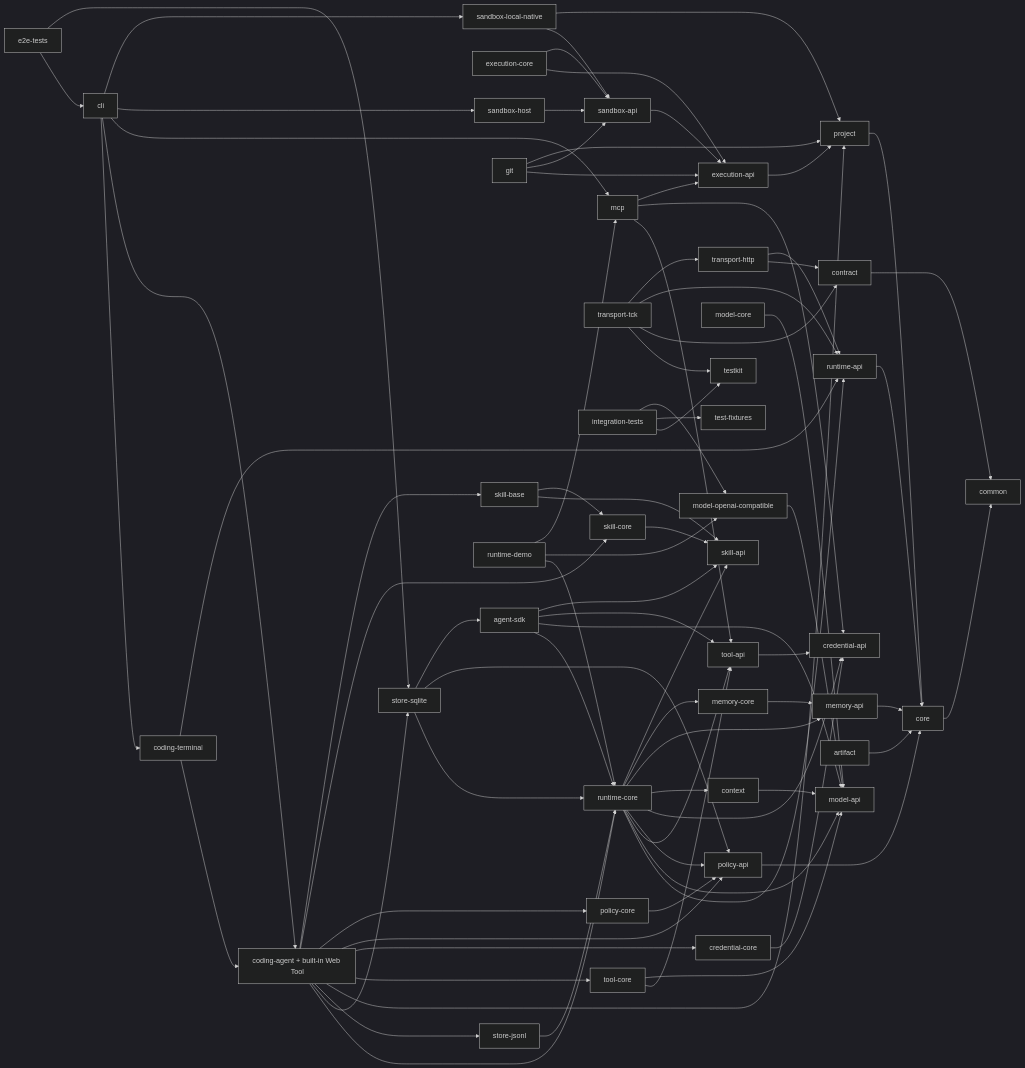
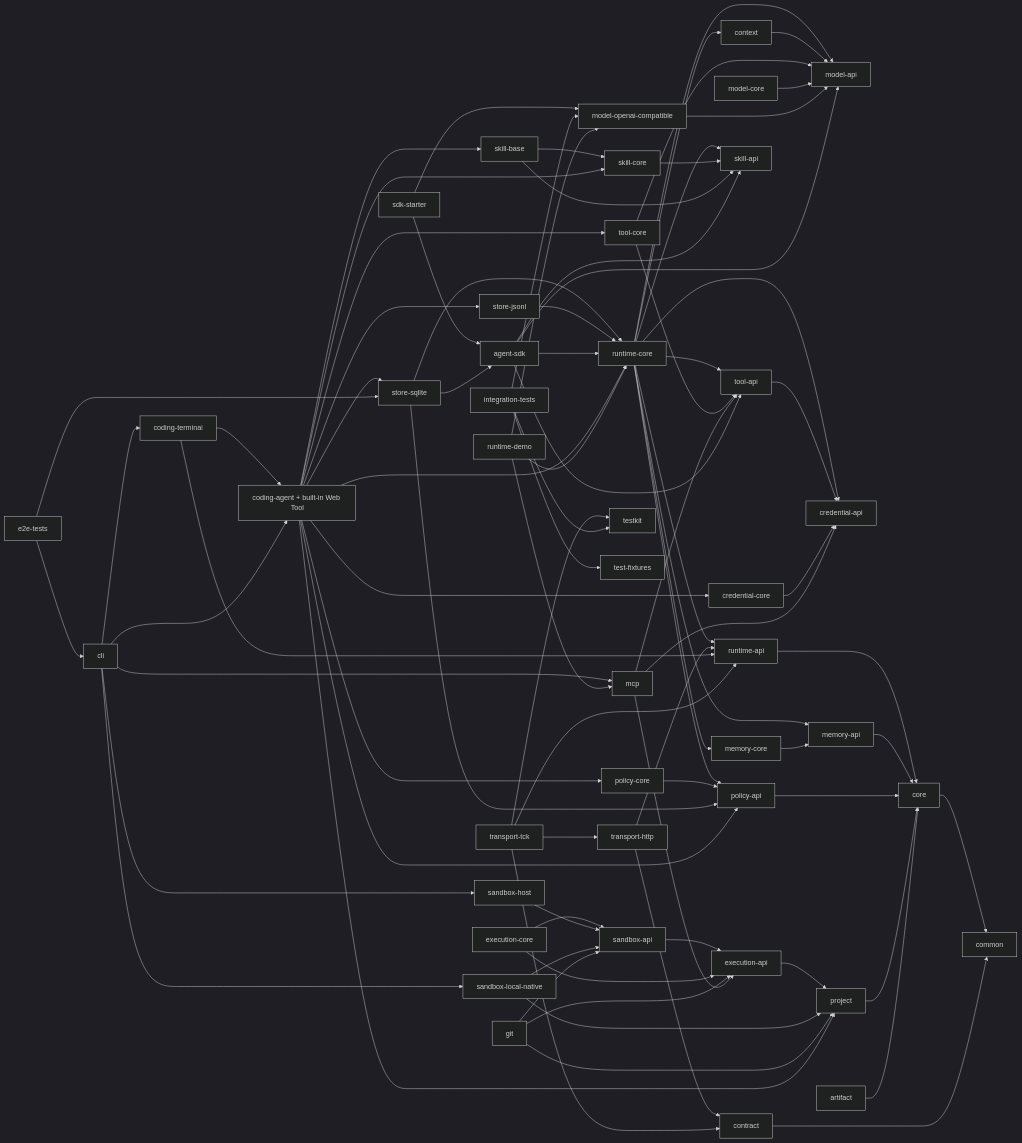
One commit to haifa-agent/haifa-agent changed the diagram in README.md. Above: the diagram before and after it, drawn with Mermaid (dark theme). The commit also changed other lines of this file and 26 other files, not shown here.

```diff
--- a/README.md
+++ b/README.md
@@ -150,6 +153,8 @@
   SDK --> MAPI
   SDK --> TAPI
   SDK --> SKAPI
+  STARTER[sdk-starter] --> SDK
+  STARTER --> OAI
   SQLITE --> SDK
   PAPP[coding-agent + built-in Web Tool] --> RCORE
   PAPP --> SQLITE
```
